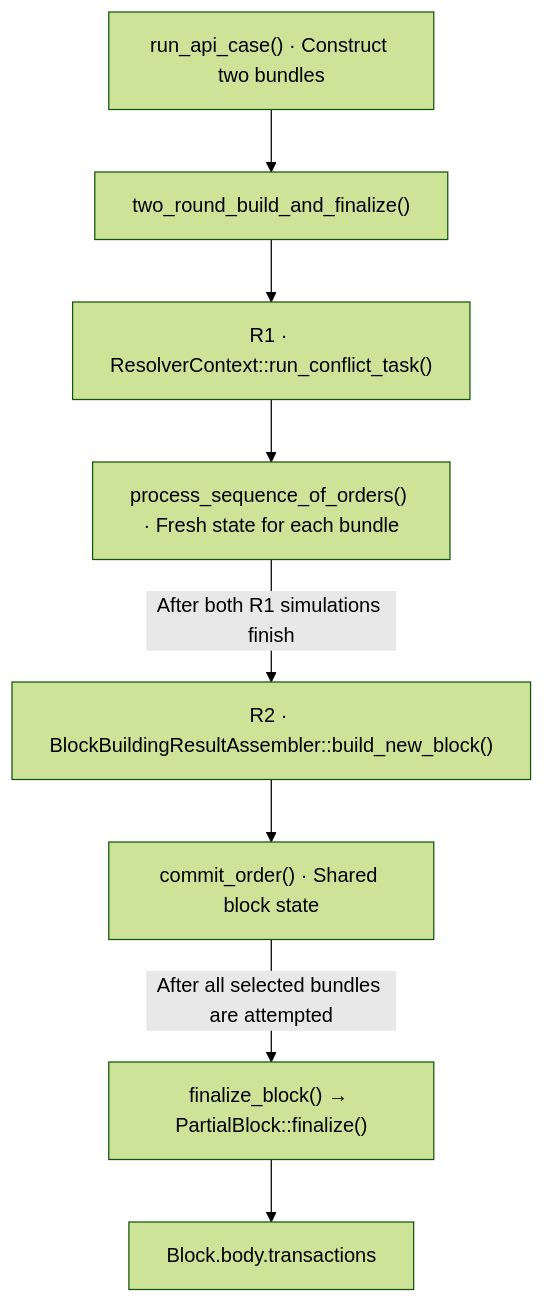
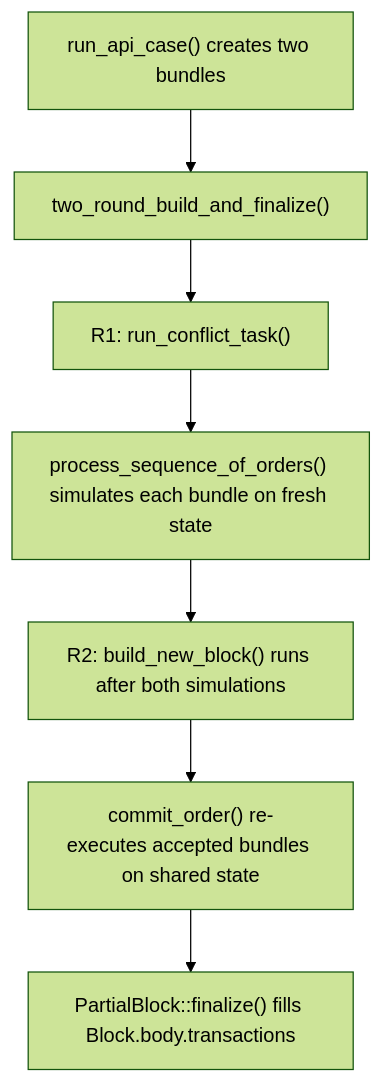
One commit to wangyibo0308/KLEE-rbuilder changed the diagram in README.md. Above: the diagram before and after it, drawn with Mermaid (forest theme).

````diff
--- a/README.md
+++ b/README.md
@@ -7,10 +7,9 @@
 ```mermaid
-flowchart TD
-    A["run_api_case() · Construct two bundles"] --> B["two_round_build_and_finalize()"]
-    B --> C["R1 · ResolverContext::run_conflict_task()"]
-    C --> D["process_sequence_of_orders() · Fresh state for each bundle"]
-    D -->|"After both R1 simulations finish"| E["R2 · BlockBuildingResultAssembler::build_new_block()"]
-    E --> F["commit_order() · Shared block state"]
-    F -->|"After all selected bundles are attempted"| G["finalize_block() → PartialBlock::finalize()"]
-    G --> H["Block.body.transactions"]
+graph TD
+    A["run_api_case() creates two bundles"] --> B["two_round_build_and_finalize()"]
+    B --> C["R1: run_conflict_task()"]
+    C --> D["process_sequence_of_orders() simulates each bundle on fresh state"]
+    D --> E["R2: build_new_block() runs after both simulations"]
+    E --> F["commit_order() re-executes accepted bundles on shared state"]
+    F --> G["PartialBlock::finalize() fills Block.body.transactions"]
 ```
````
